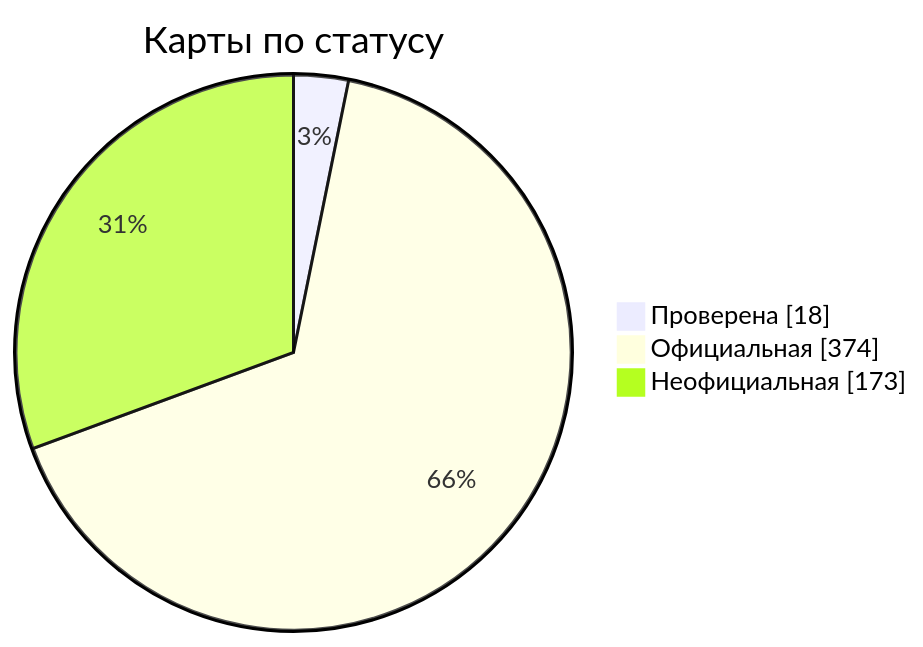
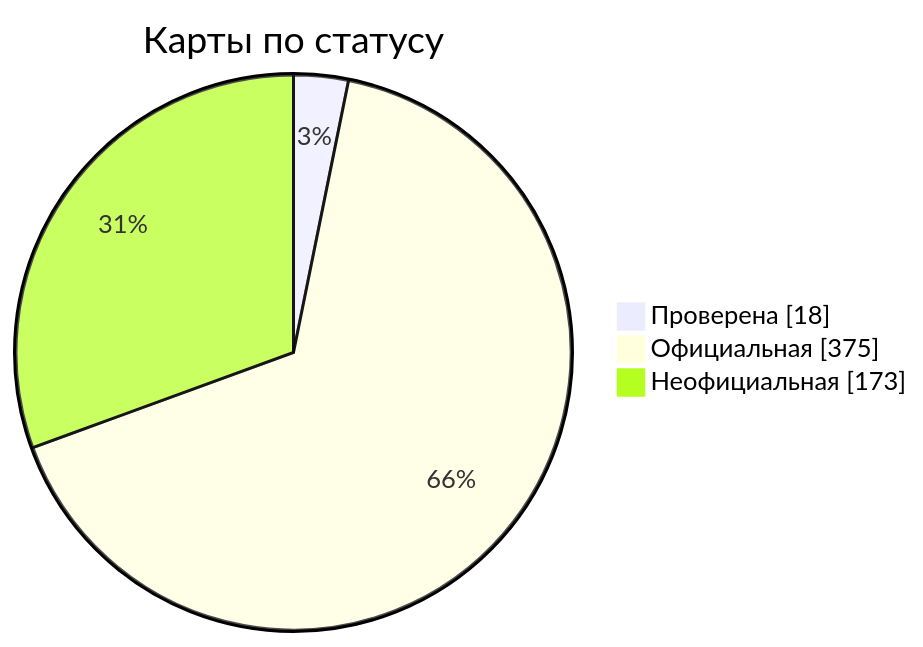
One commit to nobrega8/mbmap-library changed the diagram in docs/readme/README_RU.md. Above: the diagram before and after it, drawn with Mermaid. The commit also changed 6 other files, not shown here.

````diff
--- a/docs/readme/README_RU.md
+++ b/docs/readme/README_RU.md
@@ -54,7 +54,7 @@
 ```mermaid
 pie showData
     title Карты по статусу
     "Проверена" : 18
-    "Официальная" : 374
+    "Официальная" : 375
     "Неофициальная" : 173
 ```
````
